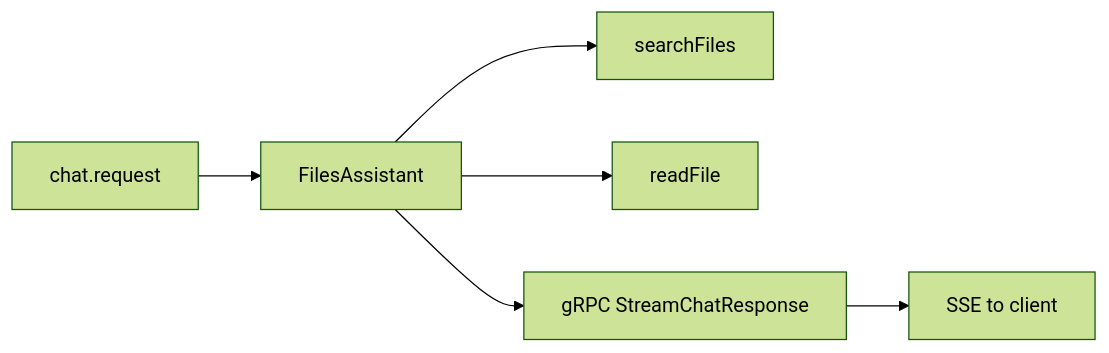
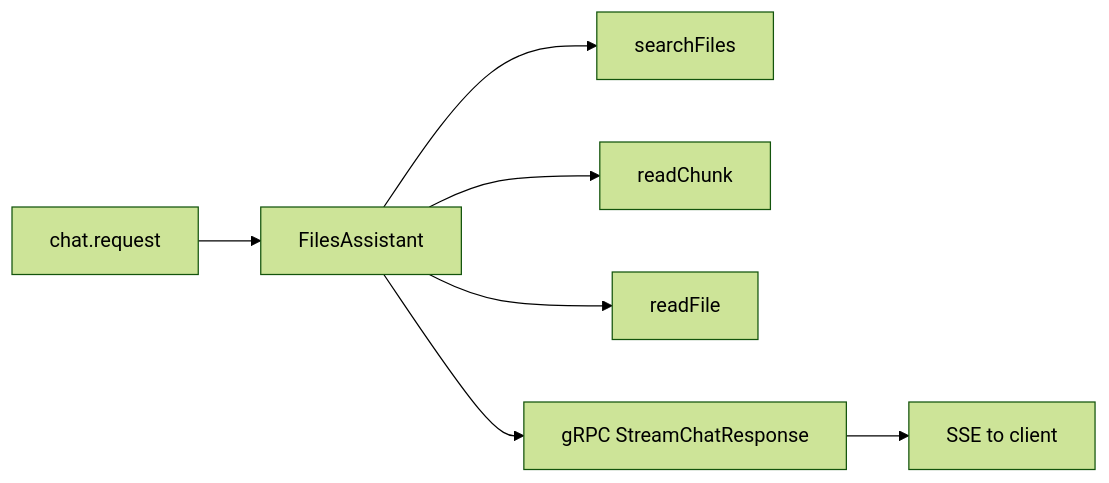
One commit to JackTran15/files-assistant-system changed the third of 3 diagrams in README.md. Above: the diagram before and after it, drawn with Mermaid (forest theme). The commit also changed other lines of this file and 11 other files, not shown here.

First line of the commit message:
feat: add readChunk tool for exact chunk retrieval and enhance citation handling

````diff
--- a/README.md
+++ b/README.md
@@ -427,8 +428,9 @@
 ```mermaid
 flowchart LR
     Q[chat.request] --> A[FilesAssistant]
     A --> T1[searchFiles]
-    A --> T2[readFile]
+    A --> T2[readChunk]
+    A --> T3[readFile]
     A --> G[gRPC StreamChatResponse]
     G --> S[SSE to client]
 ```
````
